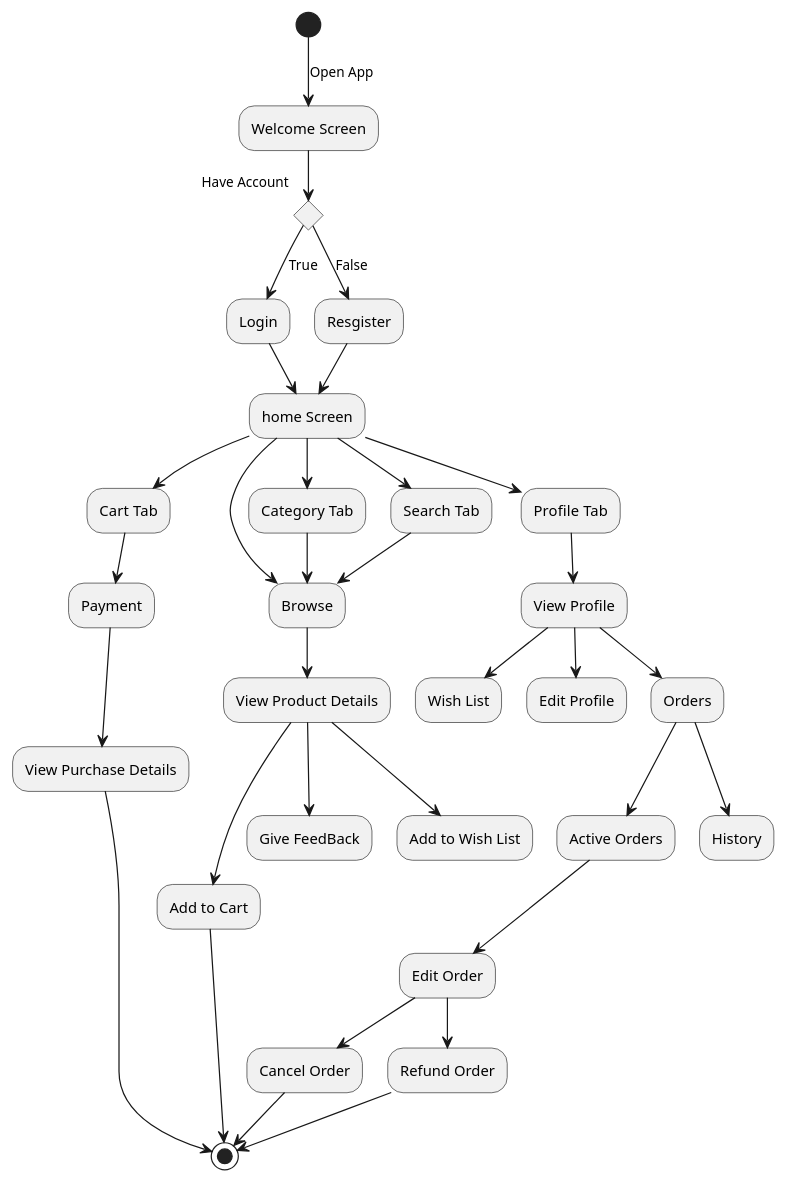
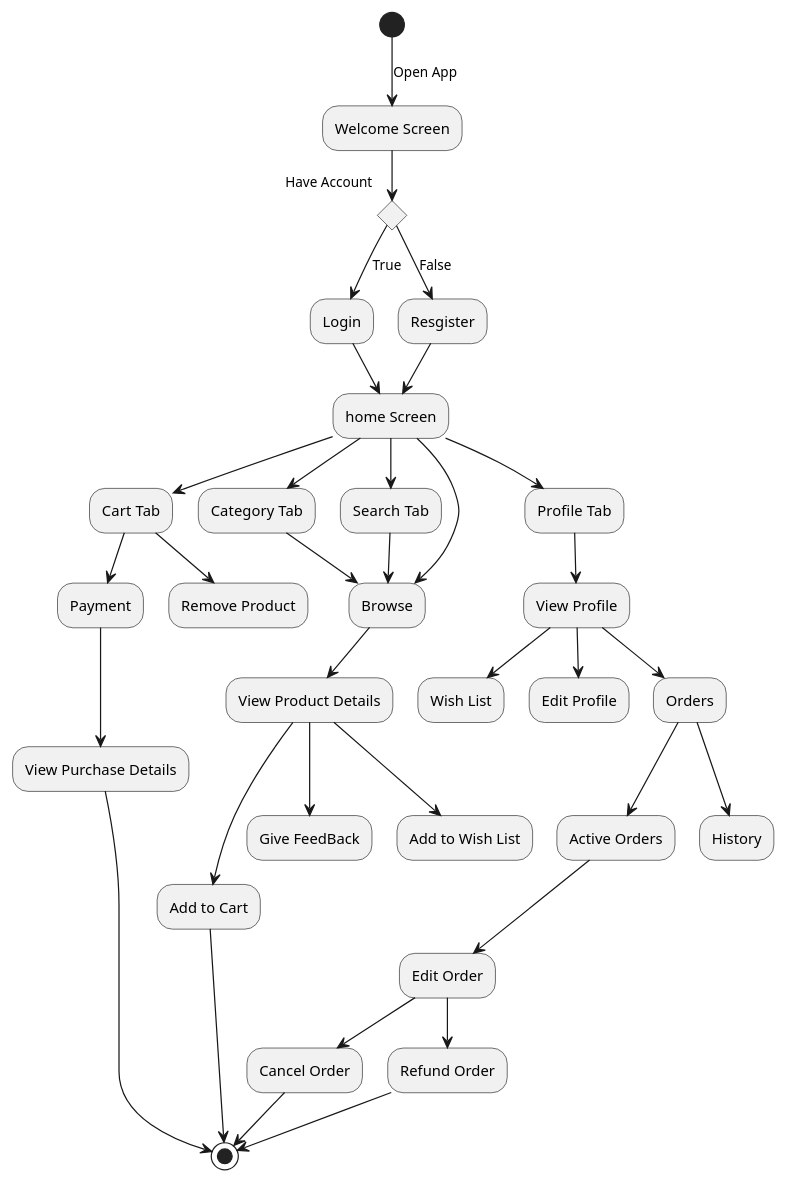
One commit to john-safwat/E-Commerce changed the diagram in Uml/Activity/Activity UML.puml. Above: the diagram before and after it, drawn with PlantUML.

Commit message:
edit activity dyiagram

```diff
--- a/Uml/Activity/Activity UML.puml
+++ b/Uml/Activity/Activity UML.puml
@@ -1,49 +1,51 @@
 @startuml
 (*) -->[Open App] "Welcome Screen"
 "Welcome Screen" --> if "Have Account" then
 
 -->[True] "Login" 
 --> home Screen
 
 else
 
 -->[False] "Resgister" 
 --> home Screen
 
 endif
 
 "home Screen" --> Browse
 "home Screen" --> Cart Tab
 "home Screen" --> Search Tab
 "home Screen" --> Profile Tab
 "home Screen" --> Category Tab
 
 "Profile Tab" --> View Profile
 "View Profile" --> Edit Profile
 
 "View Profile" --> Orders
 "View Profile" --> Wish List
 "Orders" --> Active Orders
 "Orders" --> History 
 "Active Orders" --> Edit Order
 "Edit Order" --> Cancel Order
 "Edit Order"--> Refund Order
 
 "Cart Tab" --> Payment 
+"Cart Tab" --> Remove Product
+
 
 "Category Tab" --> Browse 
 "Search Tab" --> Browse 
 
 "Browse" --> View Product Details 
 
 "View Product Details" --> Add to Cart
 "View Product Details" --> Give FeedBack
 "View Product Details" --> Add to Wish List
 
 "Payment"--> View Purchase Details 
 "View Purchase Details"--> (*)
 "Add to Cart"--> (*)
 "Refund Order"--> (*)
 "Cancel Order"--> (*)
 
 @enduml
```
